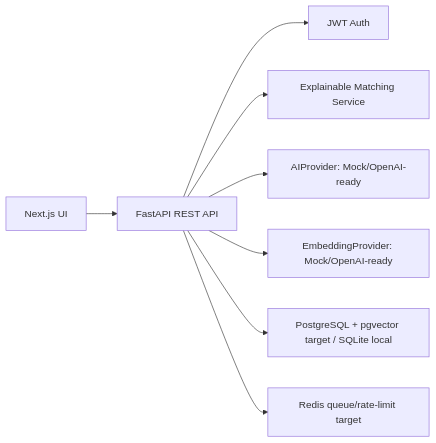
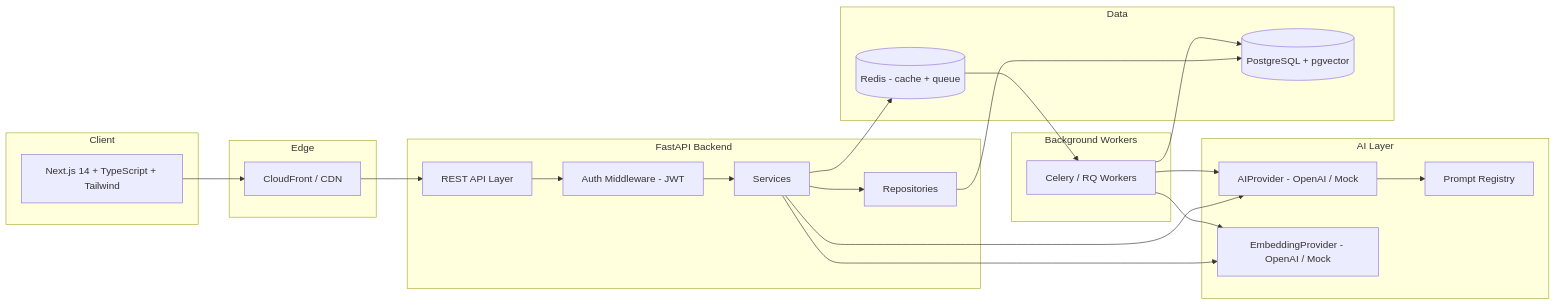
The first of 4 diagrams in README.md (dr-suproteek-banerjee/JinzaIQ), drawn with Mermaid before and after one commit. The commit also changed other lines of this file, not shown here.

````diff
--- a/README.md
+++ b/README.md
@@ -20,10 +88,43 @@
 ```mermaid
 flowchart LR
-  Browser["Next.js UI"] --> API["FastAPI REST API"]
-  API --> Auth["JWT Auth"]
-  API --> Match["Explainable Matching Service"]
-  API --> AI["AIProvider: Mock/OpenAI-ready"]
-  API --> Emb["EmbeddingProvider: Mock/OpenAI-ready"]
-  API --> DB["PostgreSQL + pgvector target / SQLite local"]
-  API --> Redis["Redis queue/rate-limit target"]
+    subgraph Client
+        A[Next.js 14 + TypeScript + Tailwind]
+    end
+
+    subgraph Edge
+        B[CloudFront / CDN]
+    end
+
+    subgraph API["FastAPI Backend"]
+        C[REST API Layer]
+        D[Auth Middleware - JWT]
+        E[Services]
+        F[Repositories]
+    end
+
+    subgraph AI["AI Layer"]
+        G[AIProvider - OpenAI / Mock]
+        H[EmbeddingProvider - OpenAI / Mock]
+        I[Prompt Registry]
+    end
+
+    subgraph Data
+        J[(PostgreSQL + pgvector)]
+        K[(Redis - cache + queue)]
+    end
+
+    subgraph Workers["Background Workers"]
+        L[Celery / RQ Workers]
+    end
+
+    A --> B --> C
+    C --> D --> E --> F --> J
+    E --> G
+    E --> H
+    G --> I
+    E --> K
+    K --> L
+    L --> J
+    L --> G
+    L --> H
 ```
````
